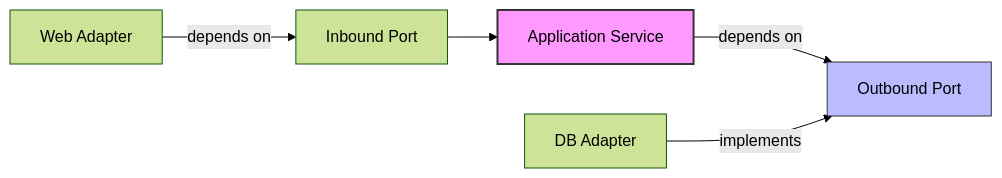
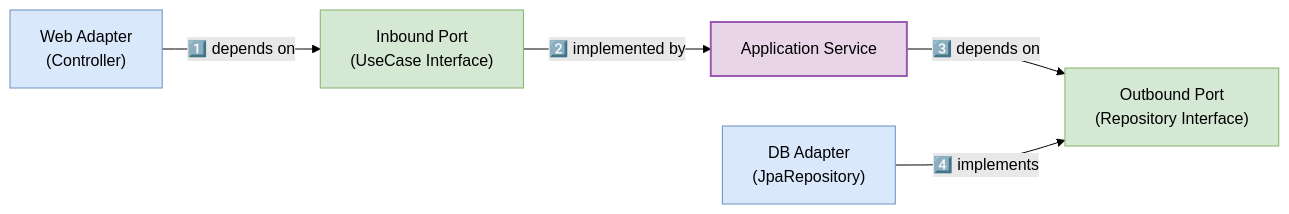
One commit to yjkim2015/yjkim2015.github.io changed the second of 4 diagrams in _posts/architecture/2026-05-01-hexagonal.md. Above: the diagram before and after it, drawn with Mermaid (forest theme). The commit also changed other lines of this file and 32 other files, not shown here.

```diff
--- a/_posts/architecture/2026-05-01-hexagonal.md
+++ b/_posts/architecture/2026-05-01-hexagonal.md
@@ -74,10 +132,21 @@
 <div class="mermaid">
 graph LR
-    A[Web Adapter] -->|depends on| B[Inbound Port]
-    B --> C[Application Service]
-    C -->|depends on| D[Outbound Port]
-    E[DB Adapter] -->|implements| D
+    WA["Web Adapter\n(Controller)"]
+    IP["Inbound Port\n(UseCase Interface)"]
+    AS["Application Service"]
+    OP["Outbound Port\n(Repository Interface)"]
+    DA["DB Adapter\n(JpaRepository)"]
 
-    style C fill:#f9f,stroke:#333,stroke-width:2px
-    style D fill:#bbf,stroke:#333
+    WA -->|"1️⃣ depends on"| IP
+    IP -->|"2️⃣ implemented by"| AS
+    AS -->|"3️⃣ depends on"| OP
+    DA -->|"4️⃣ implements"| OP
+
+    classDef core fill:#E8D5E8,stroke:#9B59B6,stroke-width:2px
+    classDef port fill:#D5E8D4,stroke:#82B366
+    classDef adapter fill:#DAE8FC,stroke:#6C8EBF
+
+    class AS core
+    class IP,OP port
+    class WA,DA adapter
 </div>
```
